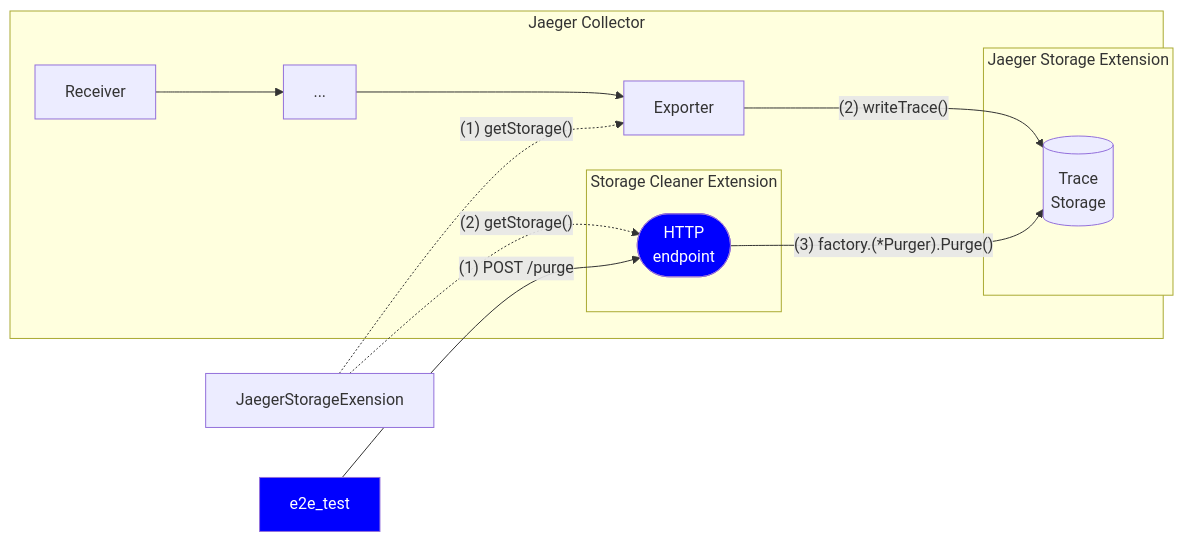
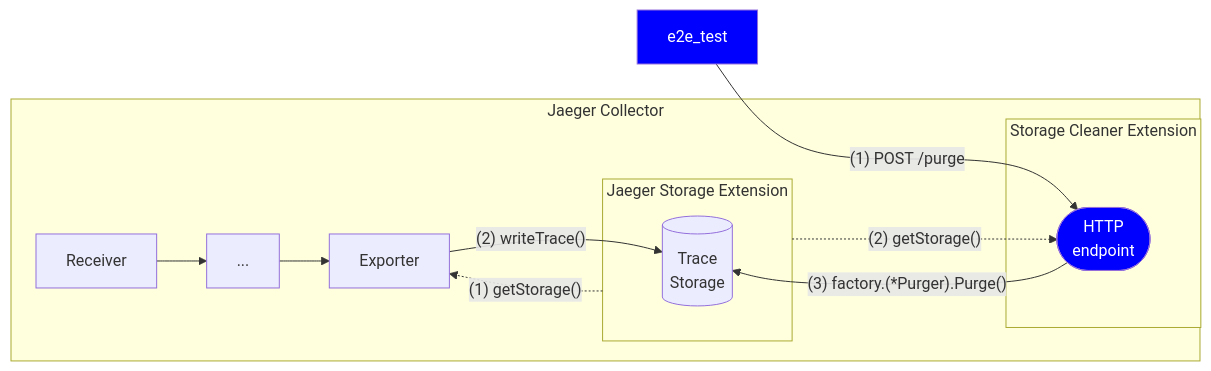
One commit to jaegertracing/jaeger changed the second of 4 diagrams in cmd/jaeger/internal/integration/README.md. Above: the diagram before and after it, drawn with Mermaid. The commit also changed 1 other file, not shown here.

Commit message:
Fix typos in README files (#8774)
Fixes #8773

Fixes a few spelling typos in README files:
- `cmd/jaeger/README.md`: "verions" → "versions"
- `cmd/jaeger/internal/extension/remotesampling/README.md`: "Exension" →
"Extension"
- `cmd/jaeger/internal/integration/README.md`: "Exension" → "Extension"
- `cmd/jaeger/internal/extension/expvar/README.md`: "implementaion" →
"implementation"

Documentation-only change; no code or behavior affected.

---------

````diff
--- a/cmd/jaeger/internal/integration/README.md
+++ b/cmd/jaeger/internal/integration/README.md
@@ -36,29 +36,29 @@
 ```mermaid
 flowchart LR
     Receiver --> Processor
     Processor[...] --> Exporter
-    JaegerStorageExension -.->|"(1) getStorage()"| Exporter
+    JaegerStorageExtension -.->|"(1) getStorage()"| Exporter
     Exporter -->|"(2) writeTrace()"| Storage
 
     e2e_test -->|"(1) POST /purge"| HTTP_endpoint
-    JaegerStorageExension -.->|"(2) getStorage()"| HTTP_endpoint
+    JaegerStorageExtension -.->|"(2) getStorage()"| HTTP_endpoint
     HTTP_endpoint -->|"(3) factory.(*Purger).Purge()"| Storage
 
     style e2e_test fill:blue,color:white
     style HTTP_endpoint fill:blue,color:white
 
     subgraph Jaeger Collector
         Receiver
         Processor
         Exporter
 
         subgraph JaegerStorageExtension[Jaeger Storage Extension]
             Storage[(Trace
                      Storage)]
         end
         subgraph StorageCleanerExtension[Storage Cleaner Extension]
             HTTP_endpoint([HTTP
                            endpoint])
         end
     end
 ```
````
